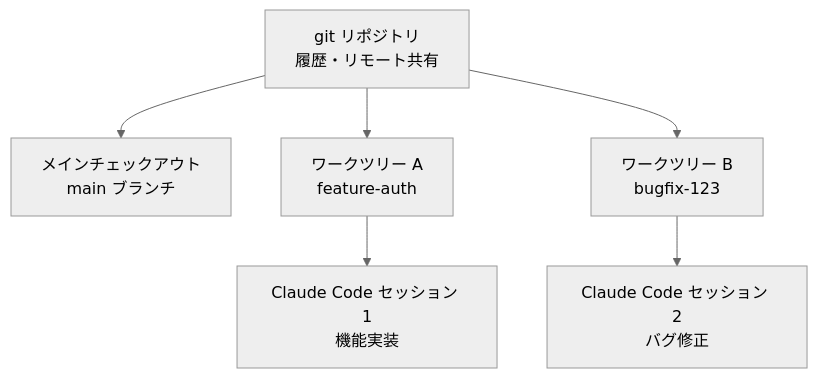
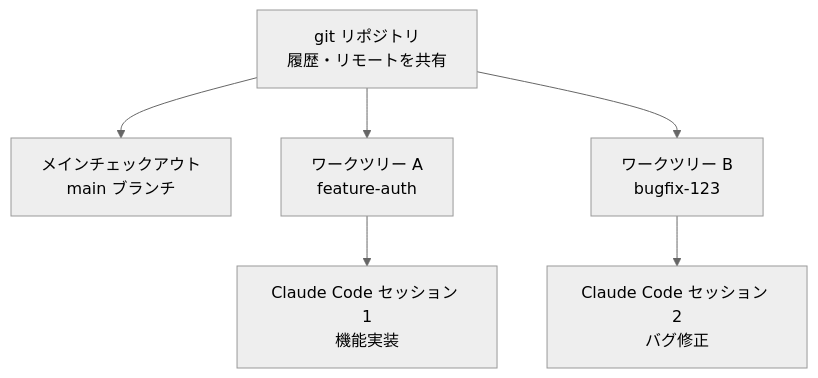
The diagram in docs-site/content/ja/claude-code/agentic/worktrees.md (modu-ai/moai-adk), drawn with Mermaid (neutral theme) before and after one commit. The commit also changed other lines of this file and 395 other files, not shown here.

````diff
--- a/docs-site/content/ja/claude-code/agentic/worktrees.md
+++ b/docs-site/content/ja/claude-code/agentic/worktrees.md
@@ -40,9 +40,9 @@
 ```mermaid
 flowchart TD
-    Repo[git リポジトリ<br/>履歴・リモート共有]
+    Repo[git リポジトリ<br/>履歴・リモートを共有]
     Repo --> Main[メインチェックアウト<br/>main ブランチ]
     Repo --> WT1[ワークツリー A<br/>feature-auth]
     Repo --> WT2[ワークツリー B<br/>bugfix-123]
     WT1 --> S1[Claude Code セッション 1<br/>機能実装]
     WT2 --> S2[Claude Code セッション 2<br/>バグ修正]
 ```
````
